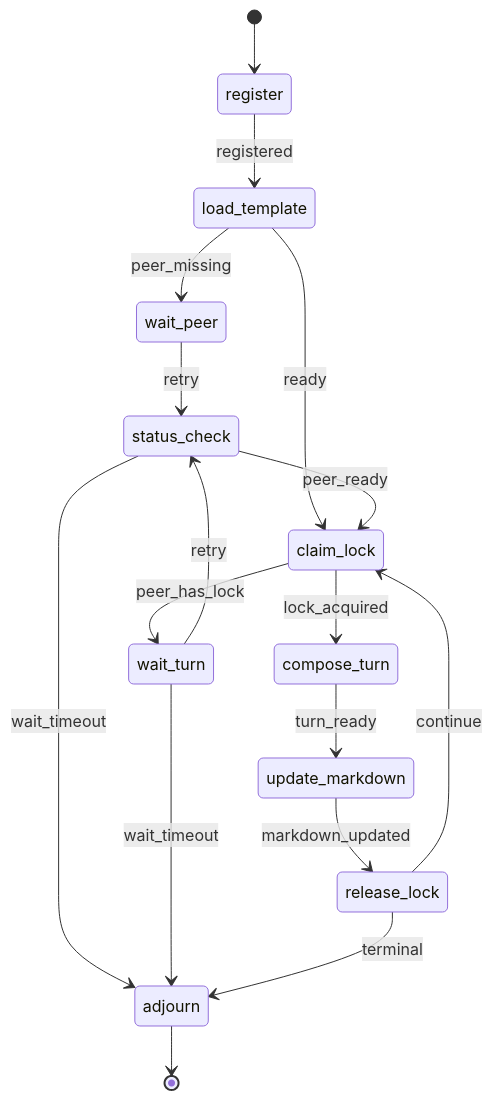
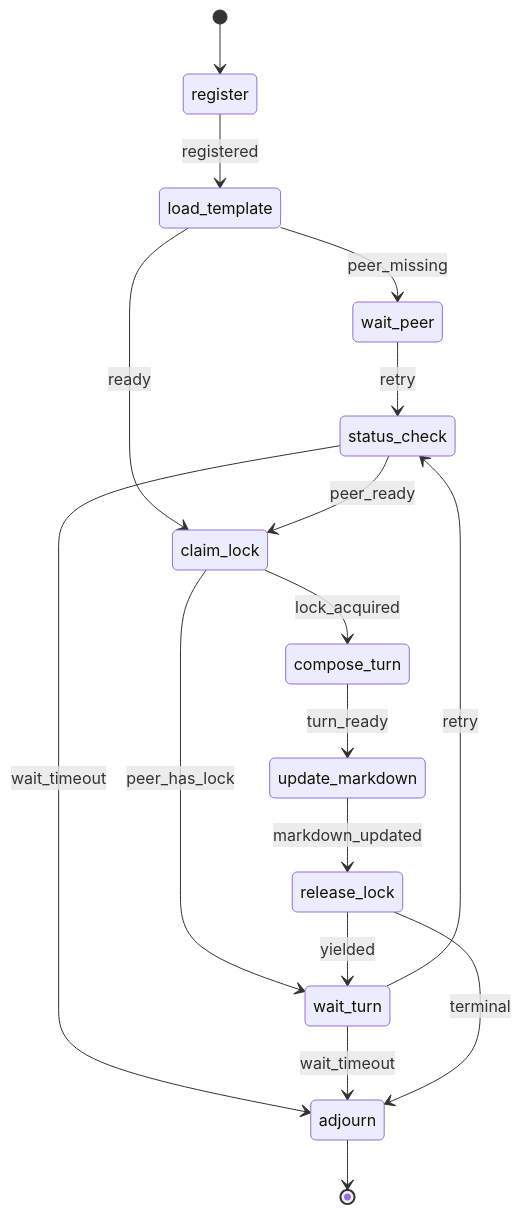
The fourth of 4 diagrams in .rp1/work/archives/features/socratic-duel/design.md (rp1-run/rp1), drawn with Mermaid before and after one commit. The commit also changed other lines of this file and 13 other files, not shown here.

````diff
--- a/.rp1/work/archives/features/socratic-duel/design.md
+++ b/.rp1/work/archives/features/socratic-duel/design.md
@@ -111,19 +111,19 @@
 ```mermaid
 stateDiagram-v2
     [*] --> register
     register --> load_template : registered
     load_template --> wait_peer : peer_missing
     load_template --> claim_lock : ready
     wait_peer --> status_check : retry
     status_check --> claim_lock : peer_ready
     status_check --> adjourn : wait_timeout
     claim_lock --> compose_turn : lock_acquired
     claim_lock --> wait_turn : peer_has_lock
     wait_turn --> status_check : retry
     wait_turn --> adjourn : wait_timeout
     compose_turn --> update_markdown : turn_ready
     update_markdown --> release_lock : markdown_updated
-    release_lock --> claim_lock : continue
+    release_lock --> wait_turn : yielded
     release_lock --> adjourn : terminal
     adjourn --> [*]
 ```
````
